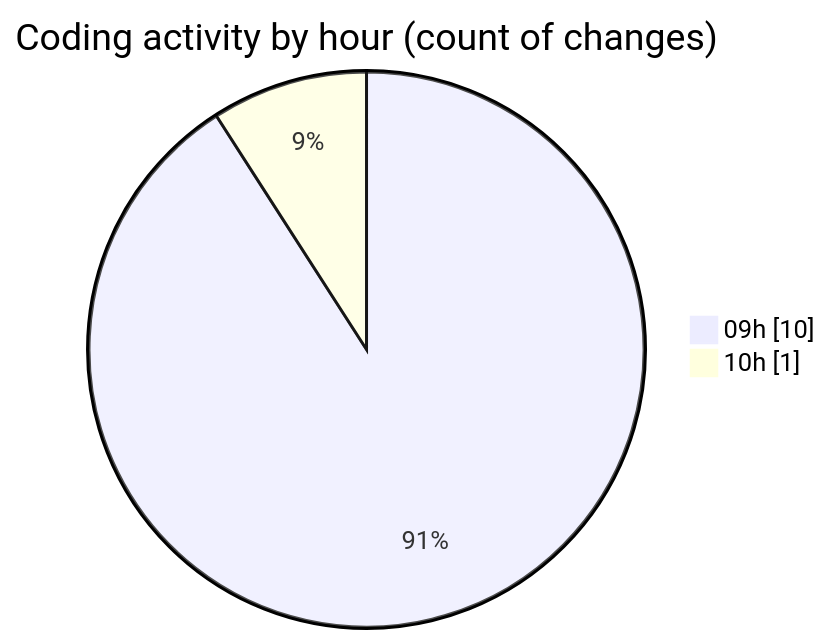
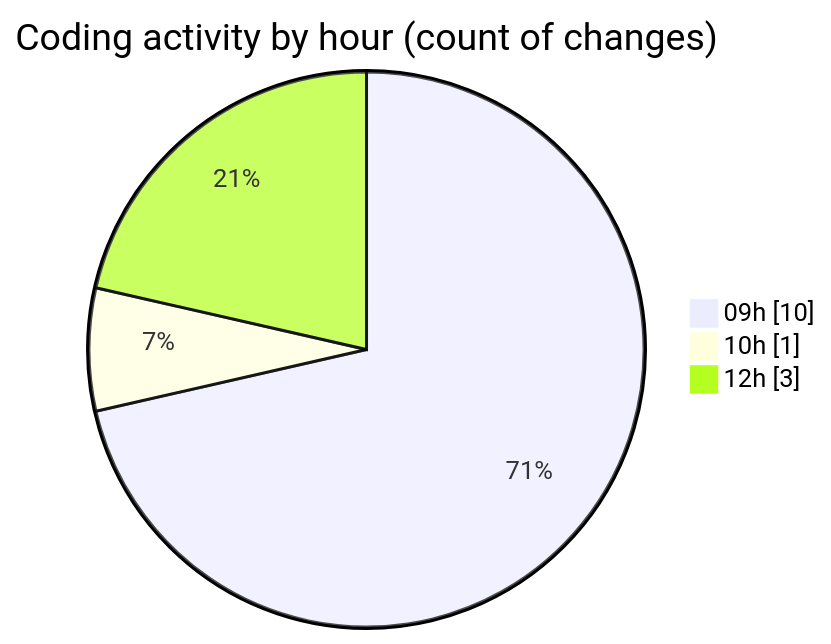
The second of 2 diagrams in 2025-11-13/eventscop-frontend-guide__workspace_/README.md (julien-gomy/code-tracking), drawn with Mermaid before and after one commit. The commit also changed other lines of this file and 1 other file, not shown here.

````diff
--- a/2025-11-13/eventscop-frontend-guide__workspace_/README.md
+++ b/2025-11-13/eventscop-frontend-guide__workspace_/README.md
@@ -31,6 +33,7 @@
 ```mermaid
 pie showData
 title Coding activity by hour (count of changes)
 "09h" : 10
 "10h" : 1
+"12h" : 3
 ```
````
